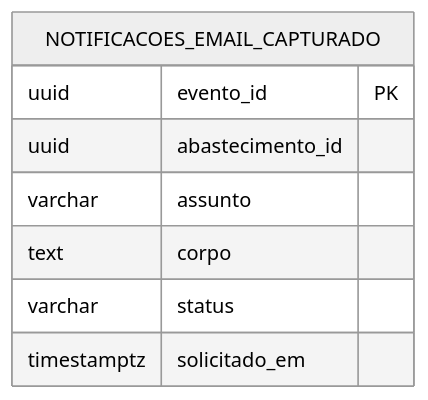
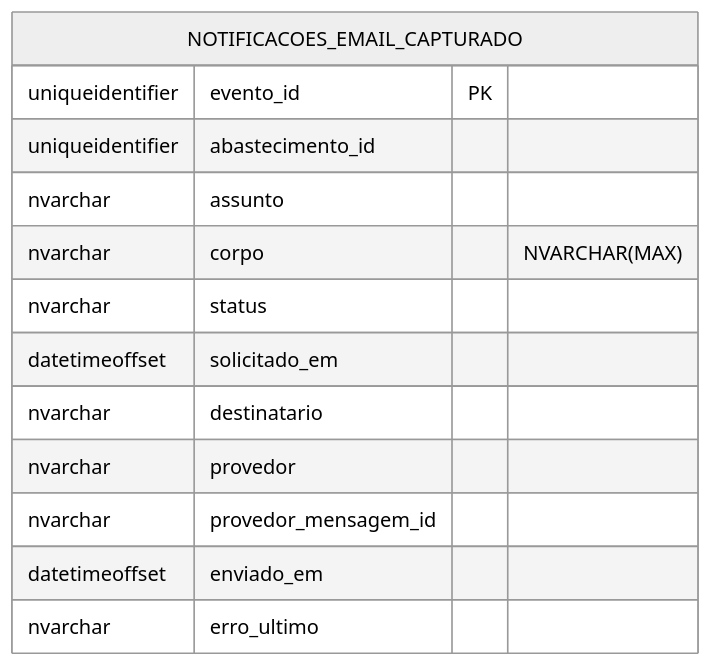
Diagram 14 of 14 in docs/DIAGRAMAS-ARQUITETURA.md (mateusblm/nexfleet), drawn with Mermaid (neutral theme) before and after one commit. The commit also changed other lines of this file, not shown here.

Commit message:
Diagramas da v1.0.0: Frota no MongoDB, demais serviços no Azure SQL por schema e visão consolidada

````diff
--- a/docs/DIAGRAMAS-ARQUITETURA.md
+++ b/docs/DIAGRAMAS-ARQUITETURA.md
@@ -489,11 +521,16 @@
 ```mermaid
 erDiagram
   NOTIFICACOES_EMAIL_CAPTURADO {
-    uuid evento_id PK
-    uuid abastecimento_id
-    varchar assunto
-    text corpo
-    varchar status
-    timestamptz solicitado_em
+    uniqueidentifier evento_id PK
+    uniqueidentifier abastecimento_id
+    nvarchar assunto
+    nvarchar corpo "NVARCHAR(MAX)"
+    nvarchar status
+    datetimeoffset solicitado_em
+    nvarchar destinatario
+    nvarchar provedor
+    nvarchar provedor_mensagem_id
+    datetimeoffset enviado_em
+    nvarchar erro_ultimo
   }
 ```
````
